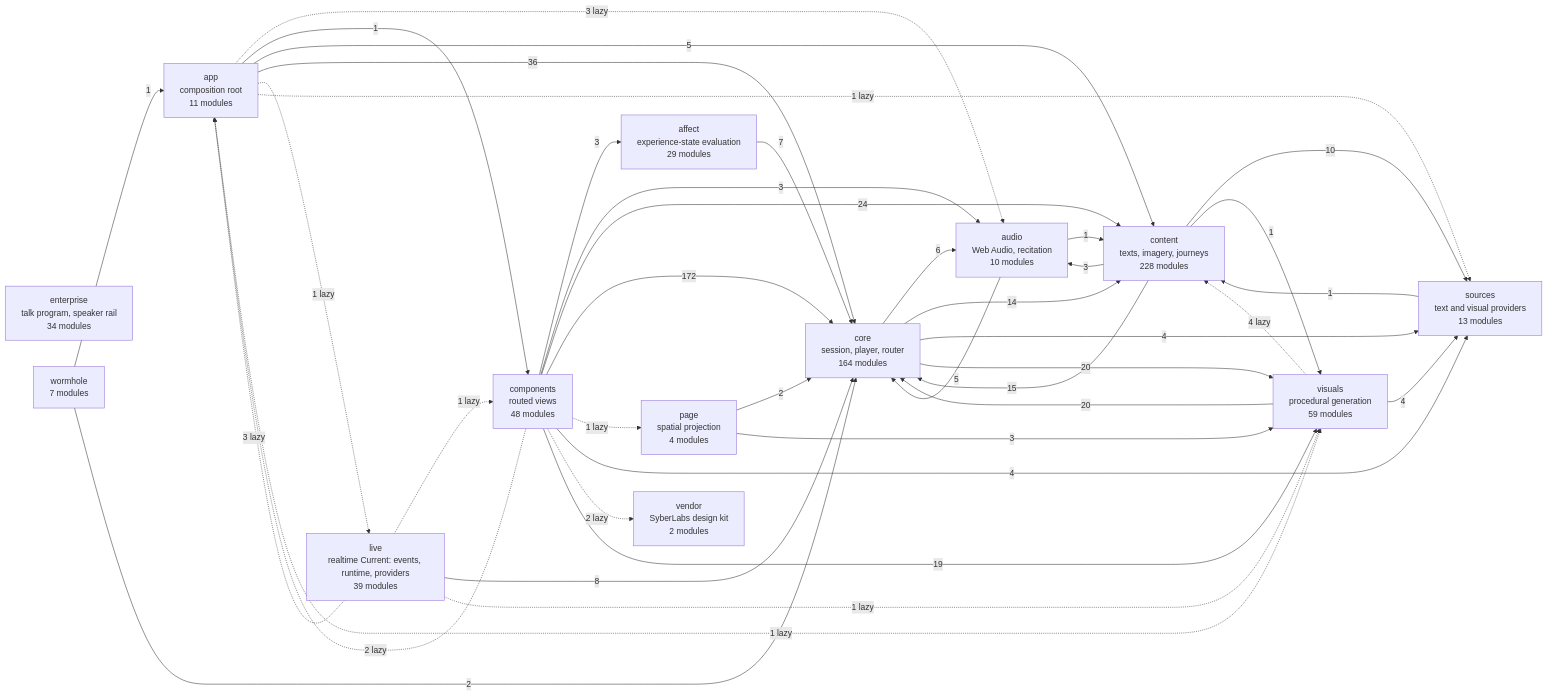
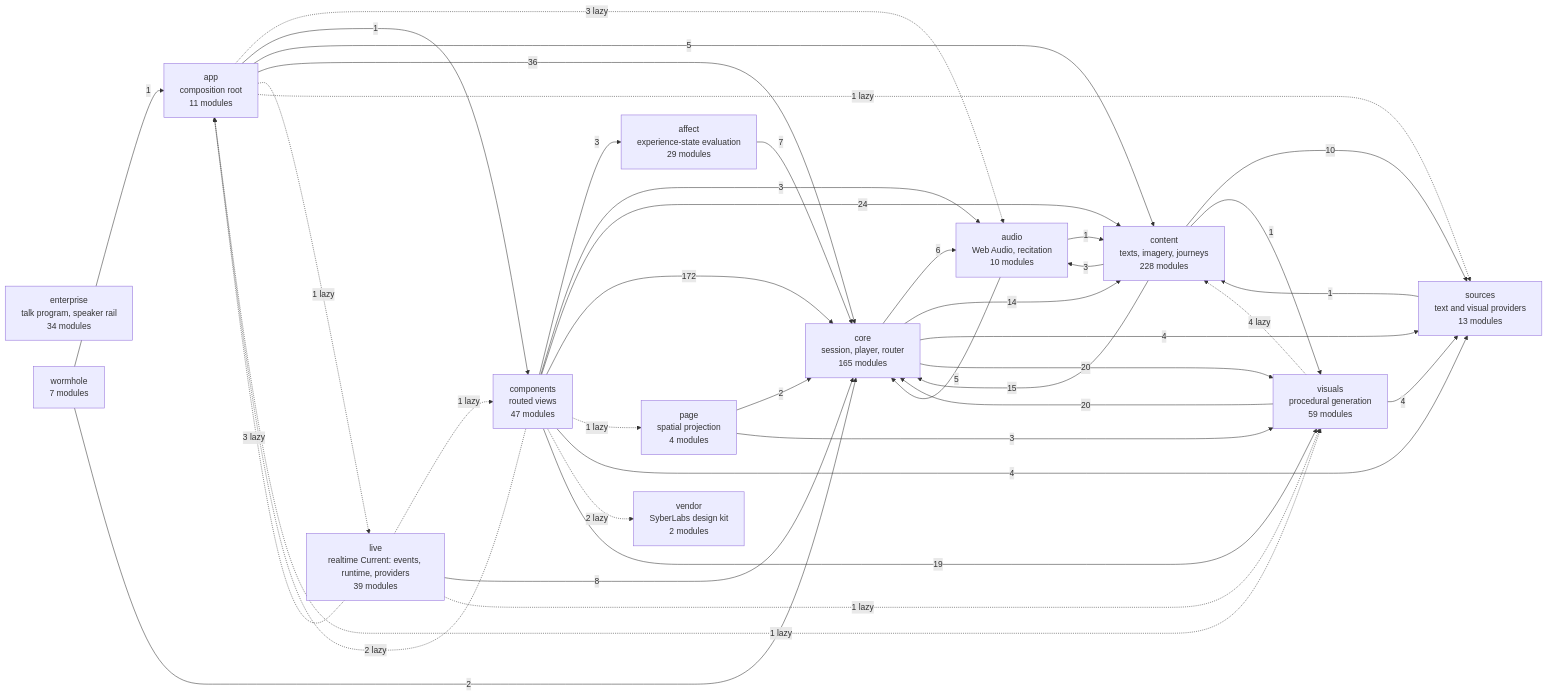
The diagram in docs/specs/ARCHITECTURE.md (SyberLabs/RISE), drawn with Mermaid before and after one commit. The commit also changed other lines of this file and 4 other files, not shown here.

First line of the commit message:
Regenerate the architecture diagram and retire the Oracle's last mentions

````diff
--- a/docs/specs/ARCHITECTURE.md
+++ b/docs/specs/ARCHITECTURE.md
@@ -160,56 +160,56 @@
 ```mermaid
 flowchart LR
     affect["affect<br/>experience-state evaluation<br/>29 modules"]
     app["app<br/>composition root<br/>11 modules"]
     audio["audio<br/>Web Audio, recitation<br/>10 modules"]
-    components["components<br/>routed views<br/>48 modules"]
+    components["components<br/>routed views<br/>47 modules"]
     content["content<br/>texts, imagery, journeys<br/>228 modules"]
-    core["core<br/>session, player, router<br/>164 modules"]
+    core["core<br/>session, player, router<br/>165 modules"]
     enterprise["enterprise<br/>talk program, speaker rail<br/>34 modules"]
     live["live<br/>realtime Current: events, runtime, providers<br/>39 modules"]
     page["page<br/>spatial projection<br/>4 modules"]
     sources["sources<br/>text and visual providers<br/>13 modules"]
     vendor["vendor<br/>SyberLabs design kit<br/>2 modules"]
     visuals["visuals<br/>procedural generation<br/>59 modules"]
     wormhole["wormhole<br/>7 modules"]
 
     affect --> |7| core
     app -.-> |3 lazy| audio
     app --> |1| components
     app --> |5| content
     app --> |36| core
     app -.-> |1 lazy| live
     app -.-> |1 lazy| sources
     app -.-> |1 lazy| visuals
     audio --> |1| content
     audio --> |5| core
     components --> |3| affect
     components -.-> |2 lazy| app
     components --> |3| audio
     components --> |24| content
     components --> |172| core
     components -.-> |1 lazy| page
     components --> |4| sources
     components -.-> |2 lazy| vendor
     components --> |19| visuals
     content --> |3| audio
     content --> |15| core
     content --> |10| sources
     content --> |1| visuals
     core --> |6| audio
     core --> |14| content
     core --> |4| sources
     core --> |20| visuals
     live -.-> |3 lazy| app
     live -.-> |1 lazy| components
     live --> |8| core
     live -.-> |1 lazy| visuals
     page --> |2| core
     page --> |3| visuals
     sources --> |1| content
     visuals -.-> |4 lazy| content
     visuals --> |20| core
     visuals --> |4| sources
     wormhole --> |1| app
     wormhole --> |2| core
 ```
````
